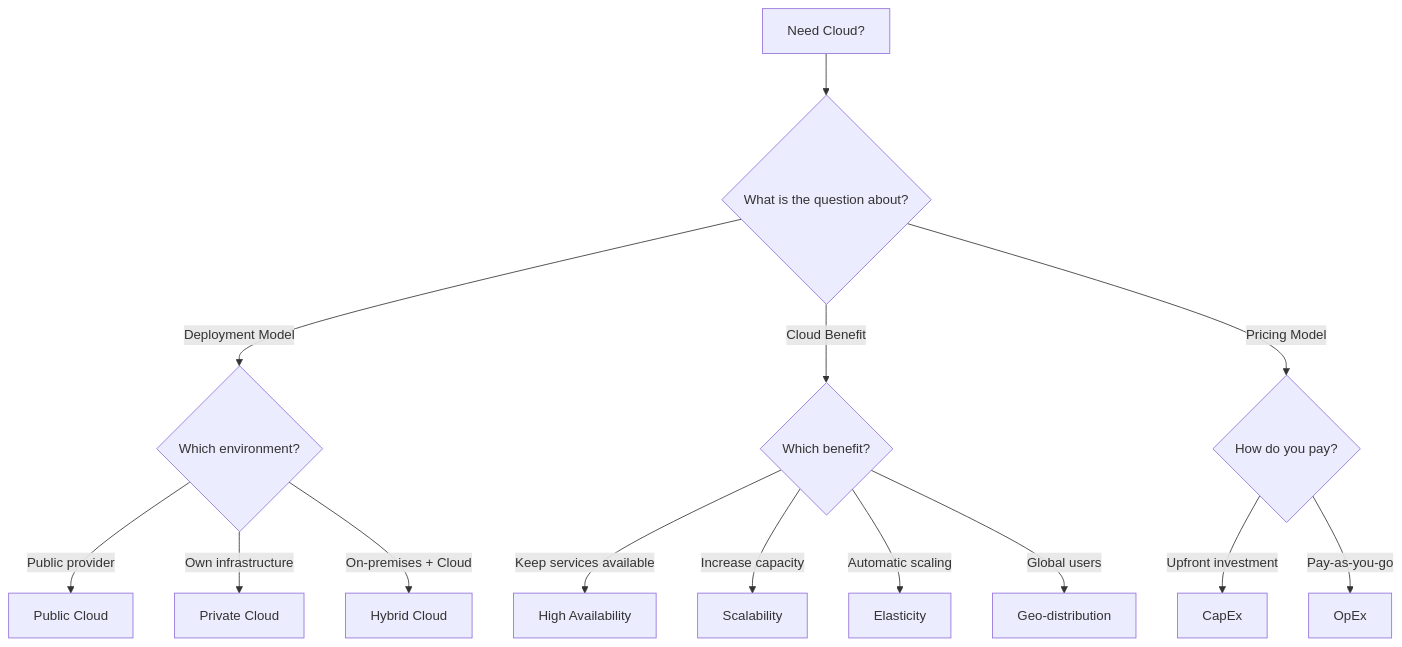
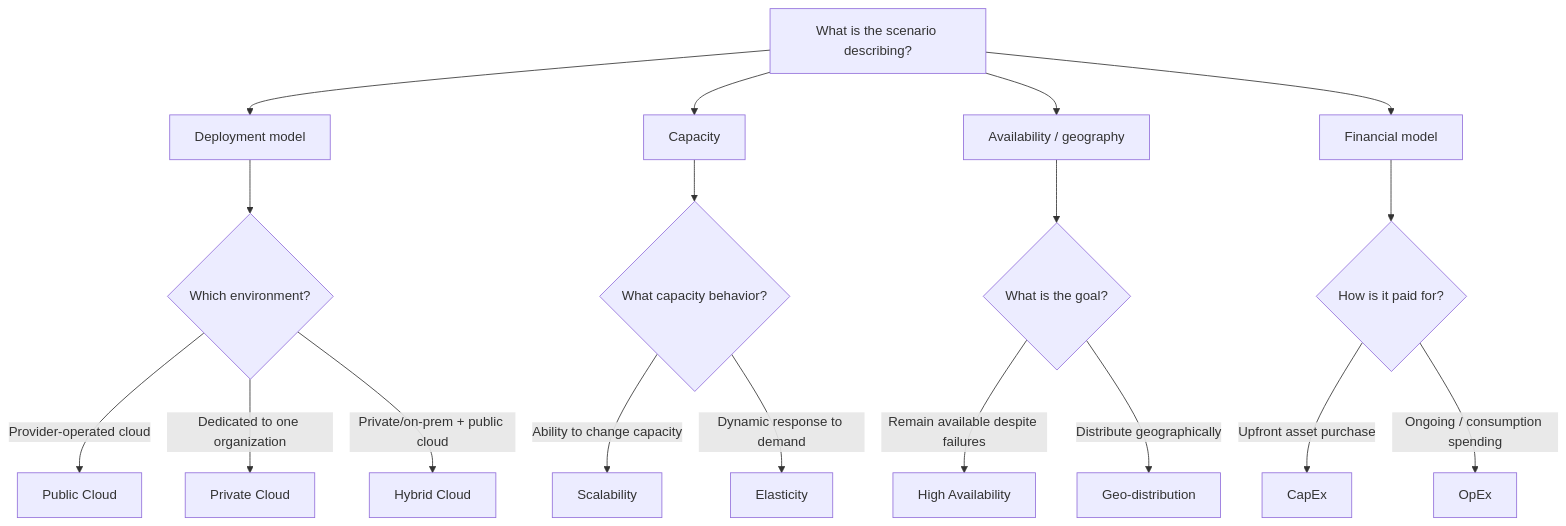
The diagram in exam/decision-trees/cloud-decision-tree.md (zhyordanova/azure-fundamentals-handbook), drawn with Mermaid before and after one commit. The commit also changed other lines of this file and 19 other files, not shown here.

Commit message:
feat: upgrade cloud concepts and Azure architecture with decision-based exam reasoning

````diff
--- a/exam/decision-trees/cloud-decision-tree.md
+++ b/exam/decision-trees/cloud-decision-tree.md
@@ -3,23 +5,25 @@
 ```mermaid
 flowchart TD
+    A["What is the scenario describing?"]
+    A --> B["Deployment model"]
+    A --> C["Capacity"]
+    A --> D["Availability / geography"]
+    A --> E["Financial model"]
 
-    A["Need Cloud?"] --> B{"What is the question about?"}
+    B --> B1{"Which environment?"}
+    B1 -->|"Provider-operated cloud"| PUB["Public Cloud"]
+    B1 -->|"Dedicated to one organization"| PRI["Private Cloud"]
+    B1 -->|"Private/on-prem + public cloud"| HYB["Hybrid Cloud"]
 
-    B -->|Deployment Model| C{"Which environment?"}
+    C --> C1{"What capacity behavior?"}
+    C1 -->|"Ability to change capacity"| SCALE["Scalability"]
+    C1 -->|"Dynamic response to demand"| ELASTIC["Elasticity"]
 
-    C -->|Public provider| D["Public Cloud"]
-    C -->|Own infrastructure| E["Private Cloud"]
-    C -->|On-premises + Cloud| F["Hybrid Cloud"]
+    D --> D1{"What is the goal?"}
+    D1 -->|"Remain available despite failures"| HA["High Availability"]
+    D1 -->|"Distribute geographically"| GEO["Geo-distribution"]
 
-    B -->|Cloud Benefit| G{"Which benefit?"}
-
-    G -->|Keep services available| H["High Availability"]
-    G -->|Increase capacity| I["Scalability"]
-    G -->|Automatic scaling| J["Elasticity"]
-    G -->|Global users| K["Geo-distribution"]
-
-    B -->|Pricing Model| L{"How do you pay?"}
-
-    L -->|Upfront investment| M["CapEx"]
-    L -->|Pay-as-you-go| N["OpEx"]
+    E --> E1{"How is it paid for?"}
+    E1 -->|"Upfront asset purchase"| CAPEX["CapEx"]
+    E1 -->|"Ongoing / consumption spending"| OPEX["OpEx"]
 ```
````
